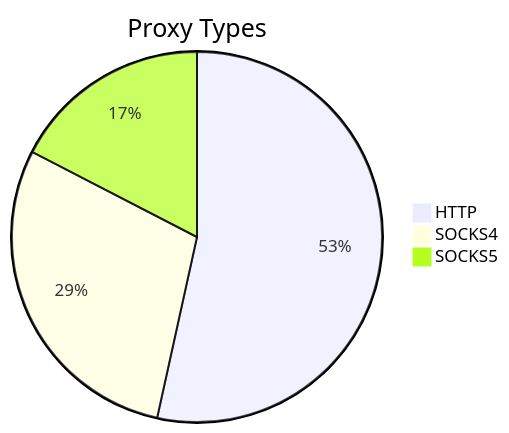
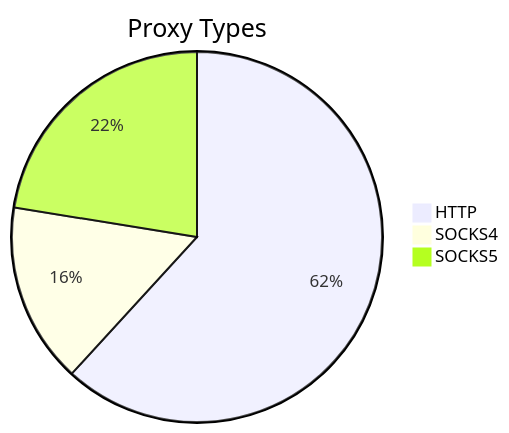
One commit to stormsia/proxy-list changed the first of 2 diagrams in README.md. Above: the diagram before and after it, drawn with Mermaid. The commit also changed other lines of this file, not shown here.

````diff
--- a/README.md
+++ b/README.md
@@ -21,6 +21,6 @@
 ```mermaid
 pie title Proxy Types
-    "HTTP" : 356
-    "SOCKS4" : 194
-    "SOCKS5" : 116
+    "HTTP" : 212
+    "SOCKS4" : 54
+    "SOCKS5" : 77
 ```
````
